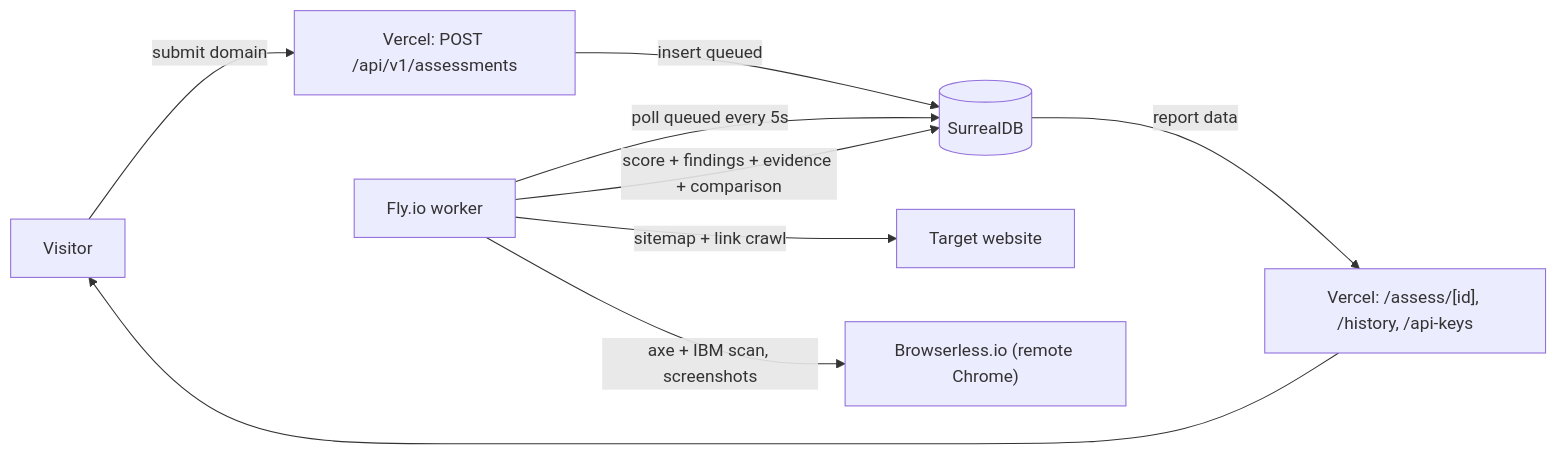
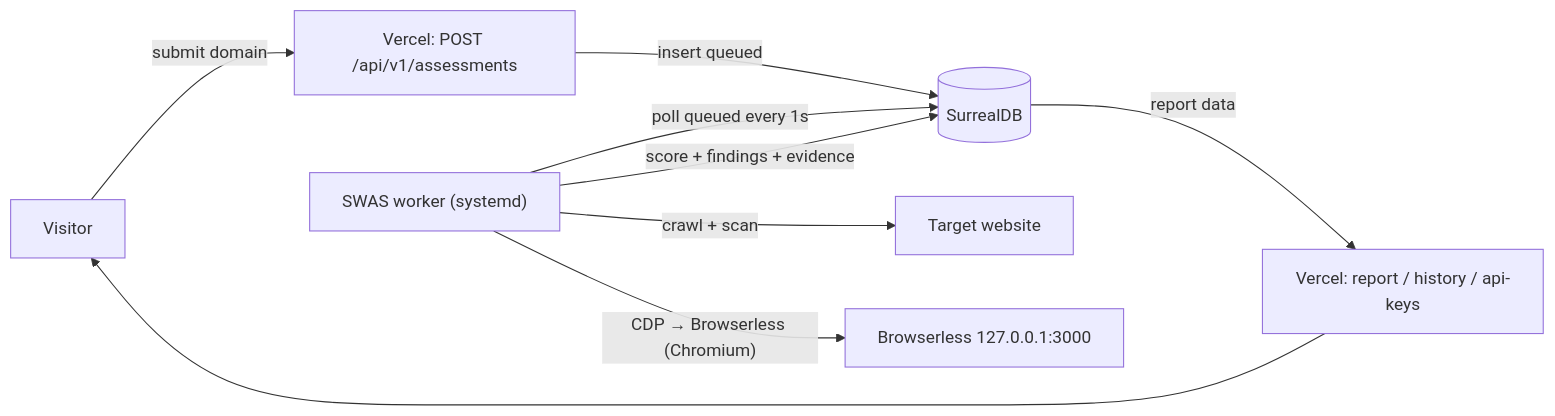
Before and after one commit to simonplmak-cloud/ascent-accessibility: the diagram in docs/architecture/overview.md, drawn with Mermaid. The commit also changed other lines of this file and 1 other file, not shown here.

Commit message:
docs(architecture): holistic architecture reference with Mermaid diagrams + refresh stale overview

````diff
--- a/docs/architecture/overview.md
+++ b/docs/architecture/overview.md
@@ -13,11 +17,11 @@
 ```mermaid
 flowchart LR
   V["Visitor"] -->|submit domain| API["Vercel: POST /api/v1/assessments"]
   API -->|insert queued| DB[(SurrealDB)]
-  W["Fly.io worker"] -->|poll queued every 5s| DB
-  W -->|sitemap + link crawl| SITE["Target website"]
-  W -->|axe + IBM scan, screenshots| B["Browserless.io (remote Chrome)"]
-  W -->|score + findings + evidence + comparison| DB
-  DB -->|report data| WEB["Vercel: /assess/[id], /history, /api-keys"]
+  W["SWAS worker (systemd)"] -->|poll queued every 1s| DB
+  W -->|crawl + scan| SITE["Target website"]
+  W -->|"CDP → Browserless (Chromium)"| BL["Browserless 127.0.0.1:3000"]
+  W -->|score + findings + evidence| DB
+  DB -->|report data| WEB["Vercel: report / history / api-keys"]
   WEB --> V
 ```
````
